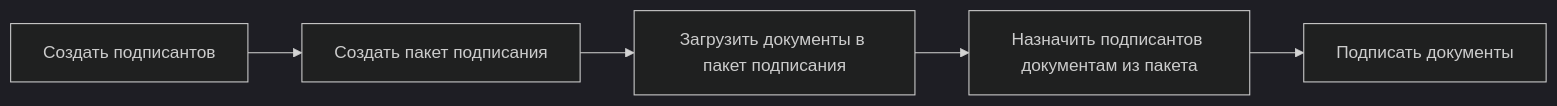
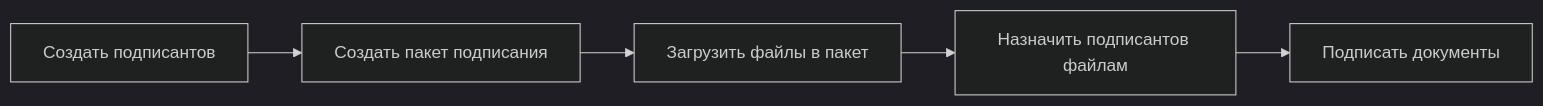
Before and after one commit to developer-rulink/rulink-docs: the diagram in cryptoservice/docs/signpackage.md, drawn with Mermaid (dark theme).

````diff
--- a/cryptoservice/docs/signpackage.md
+++ b/cryptoservice/docs/signpackage.md
@@ -13,7 +13,7 @@
 ```mermaid
 graph LR
     A[Создать подписантов] --> B[Создать пакет подписания]
-    B --> C[Загрузить документы в пакет подписания]
-    C --> D[Назначить подписантов документам из пакета]
+    B --> C[Загрузить файлы в пакет]
+    C --> D[Назначить подписантов файлам]
     D --> E[Подписать документы]
 ```
````
